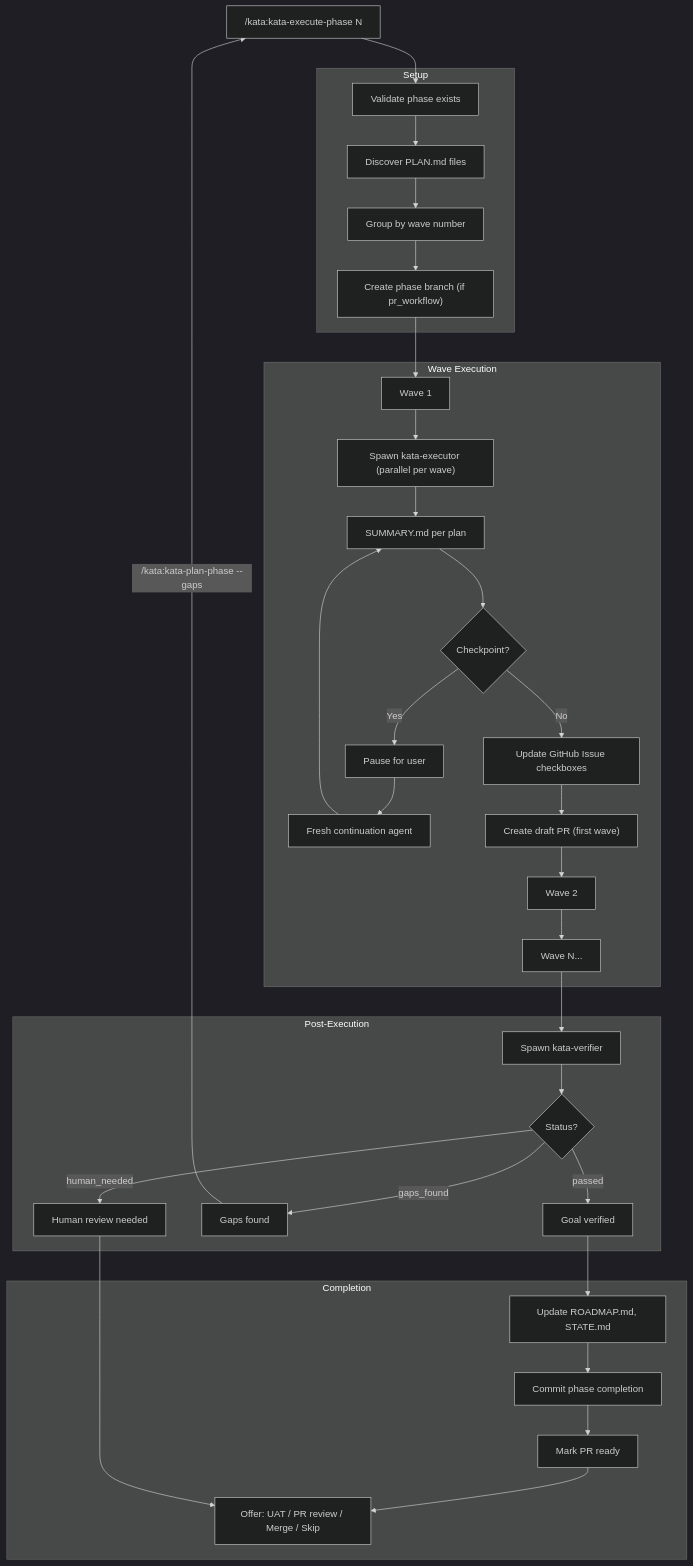
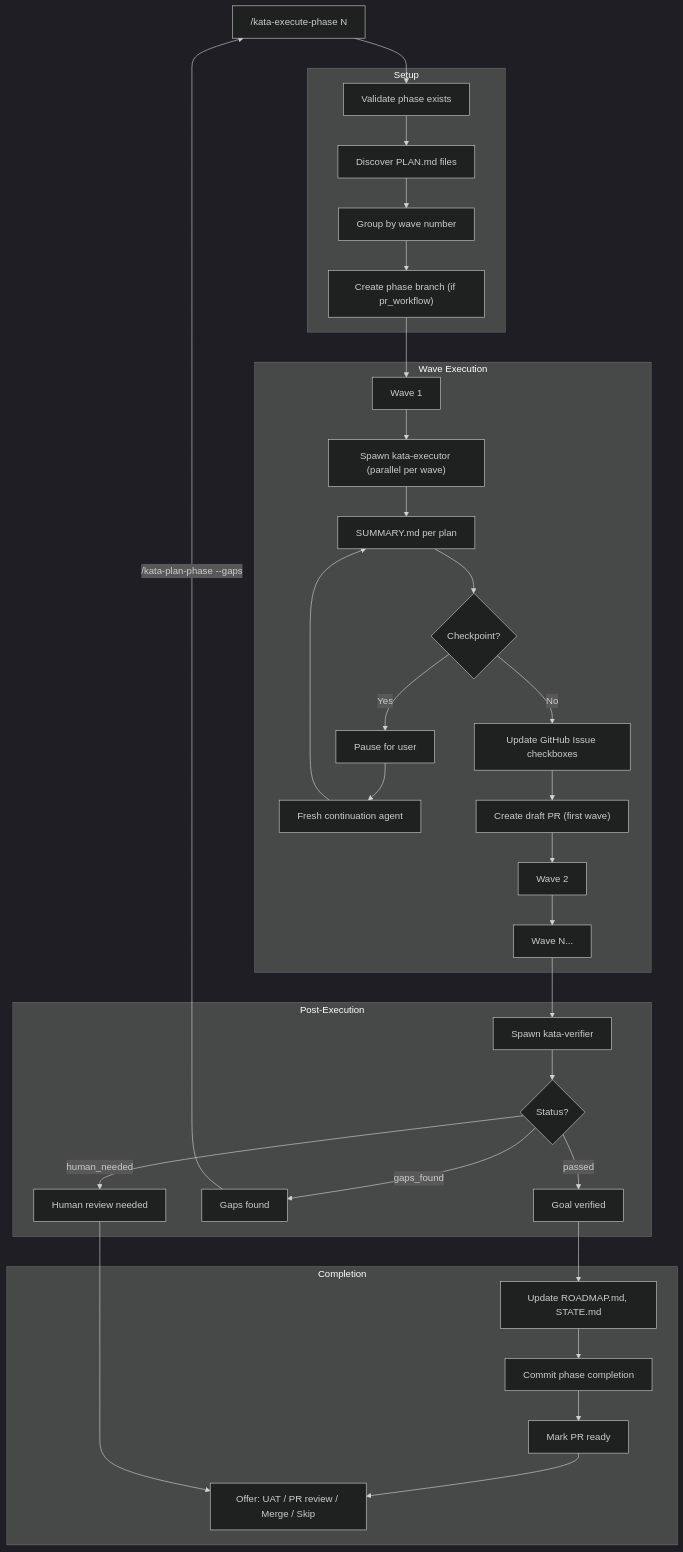
One commit to gannonh/kata changed the fourth of 6 diagrams in .docs/diagrams/FLOWS.md. Above: the diagram before and after it, drawn with Mermaid. The commit also changed other lines of this file and 89 other files, not shown here.

````diff
--- a/.docs/diagrams/FLOWS.md
+++ b/.docs/diagrams/FLOWS.md
@@ -164,67 +164,67 @@
 ```mermaid
 %%{init: {'theme': 'dark'}}%%
 flowchart TD
-    START["/kata:kata-execute-phase N"]
+    START["/kata-execute-phase N"]
 
     subgraph Setup["Setup"]
         VAL["Validate phase exists"]
         DISC["Discover PLAN.md files"]
         WAVE["Group by wave number"]
         BRANCH["Create phase branch (if pr_workflow)"]
     end
 
     subgraph Execute["Wave Execution"]
         W1["Wave 1"]
         W2["Wave 2"]
         WN["Wave N..."]
         SPAWN["Spawn kata-executor (parallel per wave)"]
         SUMM["SUMMARY.md per plan"]
         CHKPT{"Checkpoint?"}
         PAUSE["Pause for user"]
         RESUME["Fresh continuation agent"]
         GHUPD["Update GitHub Issue checkboxes"]
         PR["Create draft PR (first wave)"]
     end
 
     subgraph Verify["Post-Execution"]
         VER["Spawn kata-verifier"]
         VSTAT{"Status?"}
         PASSED["Goal verified"]
         GAPS["Gaps found"]
         HUMAN["Human review needed"]
     end
 
     subgraph Complete["Completion"]
         UPD["Update ROADMAP.md, STATE.md"]
         COMMIT["Commit phase completion"]
         PRREADY["Mark PR ready"]
         OFFER["Offer: UAT / PR review / Merge / Skip"]
     end
 
     START --> VAL
     VAL --> DISC
     DISC --> WAVE
     WAVE --> BRANCH
     BRANCH --> W1
     W1 --> SPAWN
     SPAWN --> SUMM
     SUMM --> CHKPT
     CHKPT -->|"Yes"| PAUSE
     PAUSE --> RESUME
     RESUME --> SUMM
     CHKPT -->|"No"| GHUPD
     GHUPD --> PR
     PR --> W2
     W2 --> WN
     WN --> VER
     VER --> VSTAT
     VSTAT -->|"passed"| PASSED
     VSTAT -->|"gaps_found"| GAPS
     VSTAT -->|"human_needed"| HUMAN
     PASSED --> UPD
     UPD --> COMMIT
     COMMIT --> PRREADY
     PRREADY --> OFFER
-    GAPS -->|"/kata:kata-plan-phase --gaps"| START
+    GAPS -->|"/kata-plan-phase --gaps"| START
     HUMAN --> OFFER
 ```
````
